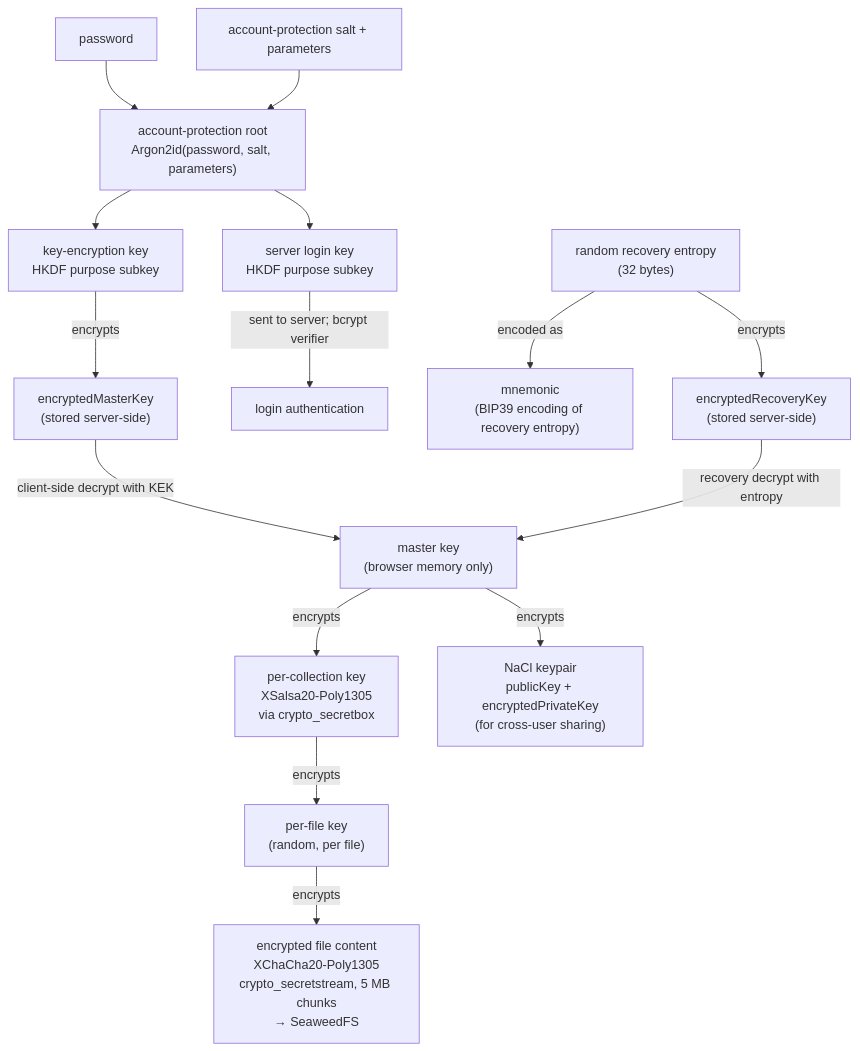
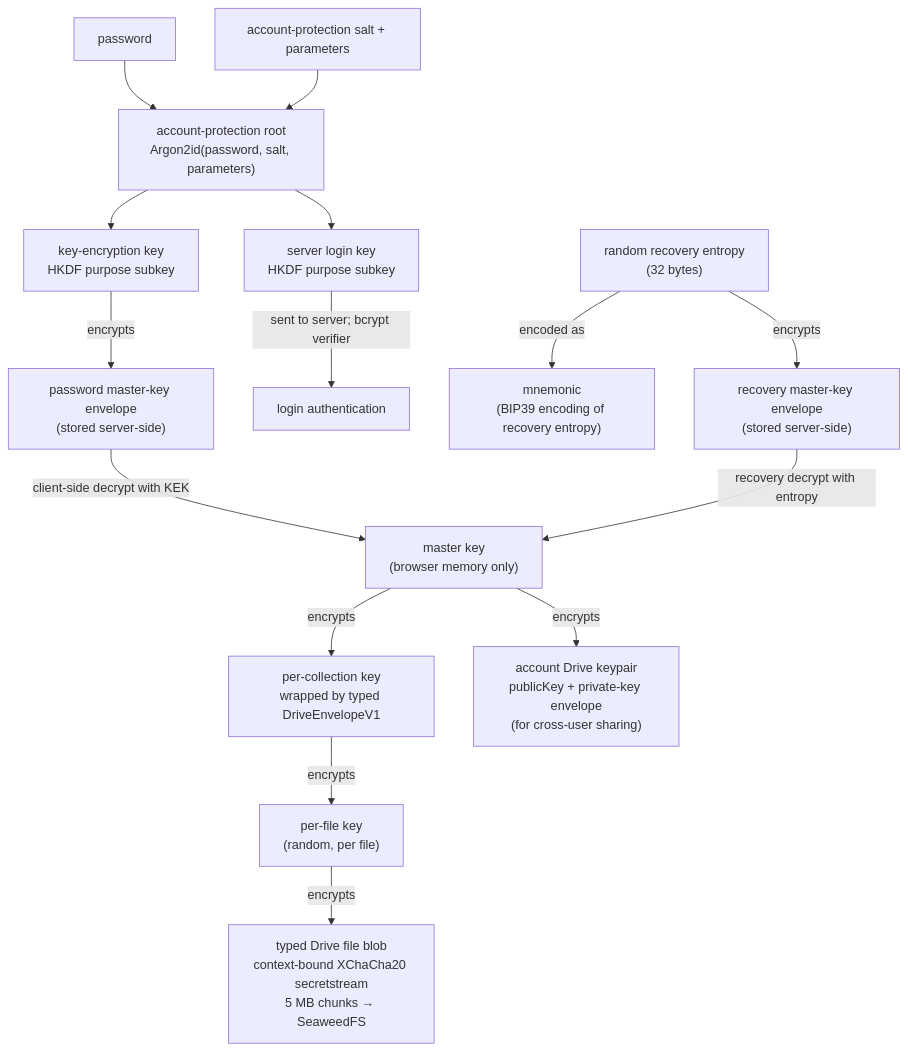
The first of 4 diagrams in docs/architecture.md (kutupbt/kutup), drawn with Mermaid before and after one commit. The commit also changed other lines of this file and 282 other files, not shown here.

Commit message:
Complete pre-v1 typed crypto and trust cutover

````diff
--- a/docs/architecture.md
+++ b/docs/architecture.md
@@ -22,32 +22,32 @@
 ```mermaid
 flowchart TD
     P["password"]
     APS["account-protection salt + parameters"]
     APR["account-protection root<br/>Argon2id(password, salt, parameters)"]
     KEK["key-encryption key<br/>HKDF purpose subkey"]
     LK["server login key<br/>HKDF purpose subkey"]
     RE["random recovery entropy<br/>(32 bytes)"]
     M["mnemonic<br/>(BIP39 encoding of recovery entropy)"]
-    EMK["encryptedMasterKey<br/>(stored server-side)"]
-    ERK["encryptedRecoveryKey<br/>(stored server-side)"]
+    EMK["password master-key envelope<br/>(stored server-side)"]
+    ERK["recovery master-key envelope<br/>(stored server-side)"]
     MK["master key<br/>(browser memory only)"]
-    CK["per-collection key<br/>XSalsa20-Poly1305<br/>via crypto_secretbox"]
-    NACL["NaCl keypair<br/>publicKey + encryptedPrivateKey<br/>(for cross-user sharing)"]
+    CK["per-collection key<br/>wrapped by typed DriveEnvelopeV1"]
+    DRIVE["account Drive keypair<br/>publicKey + private-key envelope<br/>(for cross-user sharing)"]
     FK["per-file key<br/>(random, per file)"]
-    BLOB["encrypted file content<br/>XChaCha20-Poly1305<br/>crypto_secretstream, 5 MB chunks<br/>→ SeaweedFS"]
+    BLOB["typed Drive file blob<br/>context-bound XChaCha20 secretstream<br/>5 MB chunks → SeaweedFS"]
 
     P --> APR
     APS --> APR
     APR --> KEK
     APR --> LK
     LK -->|sent to server; bcrypt verifier| AUTH["login authentication"]
     RE -->|encoded as| M
     KEK -->|encrypts| EMK
     RE -->|encrypts| ERK
     EMK -->|client-side decrypt with KEK| MK
     ERK -->|recovery decrypt with entropy| MK
     MK -->|encrypts| CK
-    MK -->|encrypts| NACL
+    MK -->|encrypts| DRIVE
     CK -->|encrypts| FK
     FK -->|encrypts| BLOB
 ```
````
